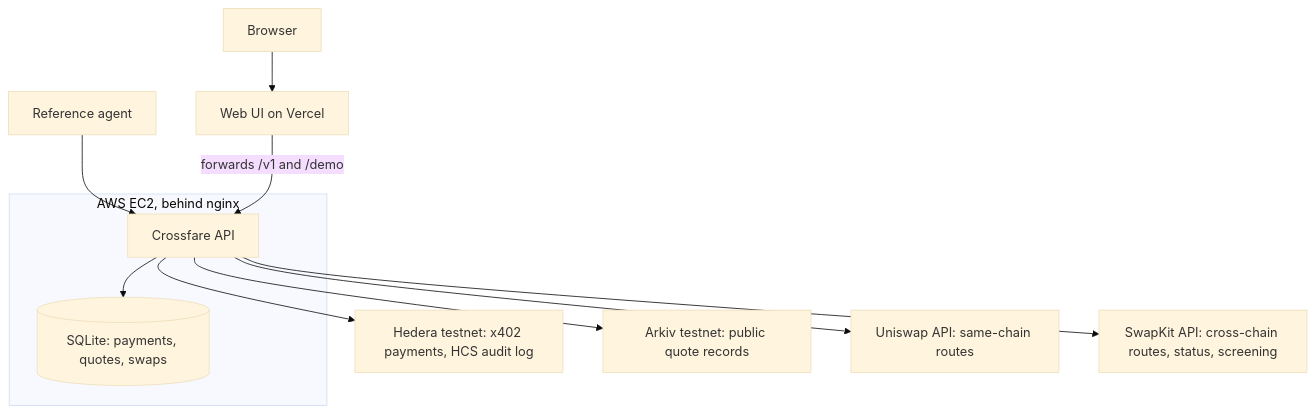
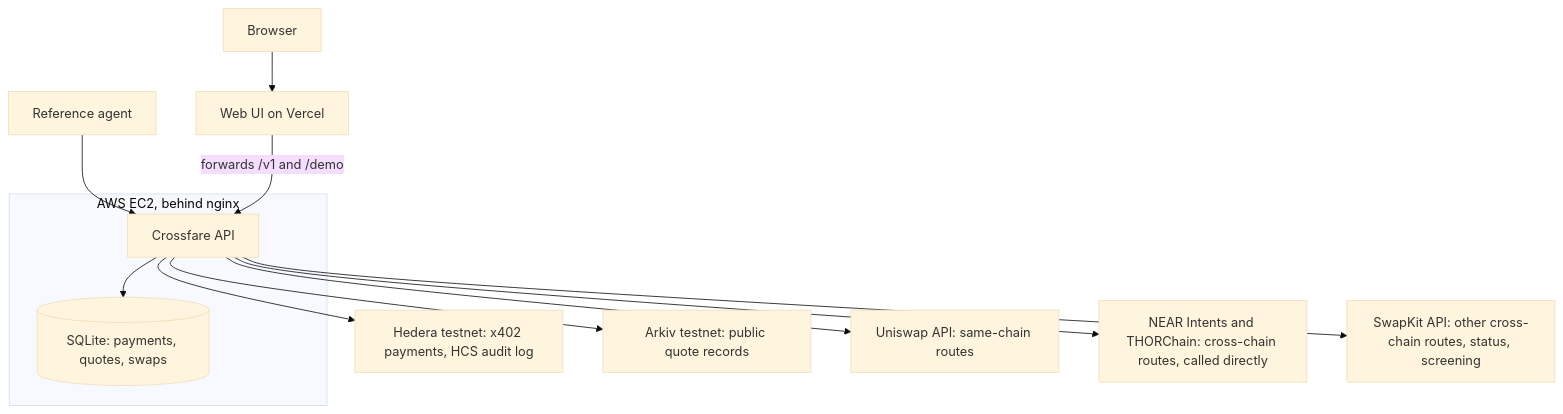
The first of 2 diagrams in README.md (Paulie-Aditya/CrossFare), drawn with Mermaid (base theme) before and after one commit. The commit also changed other lines of this file and 9 other files, not shown here.

First line of the commit message:
feat(api): quote NEAR Intents and THORChain directly, SwapKit as fallback

````diff
--- a/README.md
+++ b/README.md
@@ -55,13 +55,14 @@
 ```mermaid
 flowchart TB
     agent["Reference agent"] --> api
     browser["Browser"] --> vercel["Web UI on Vercel"]
     vercel -->|"forwards /v1 and /demo"| api
     subgraph ec2["AWS EC2, behind nginx"]
         api["Crossfare API"] --> db[("SQLite: payments, quotes, swaps")]
     end
     api --> hedera["Hedera testnet: x402 payments, HCS audit log"]
     api --> arkiv["Arkiv testnet: public quote records"]
     api --> uniswap["Uniswap API: same-chain routes"]
-    api --> swapkit["SwapKit API: cross-chain routes, status, screening"]
+    api --> direct["NEAR Intents and THORChain: cross-chain routes, called directly"]
+    api --> swapkit["SwapKit API: other cross-chain routes, status, screening"]
 ```
````
